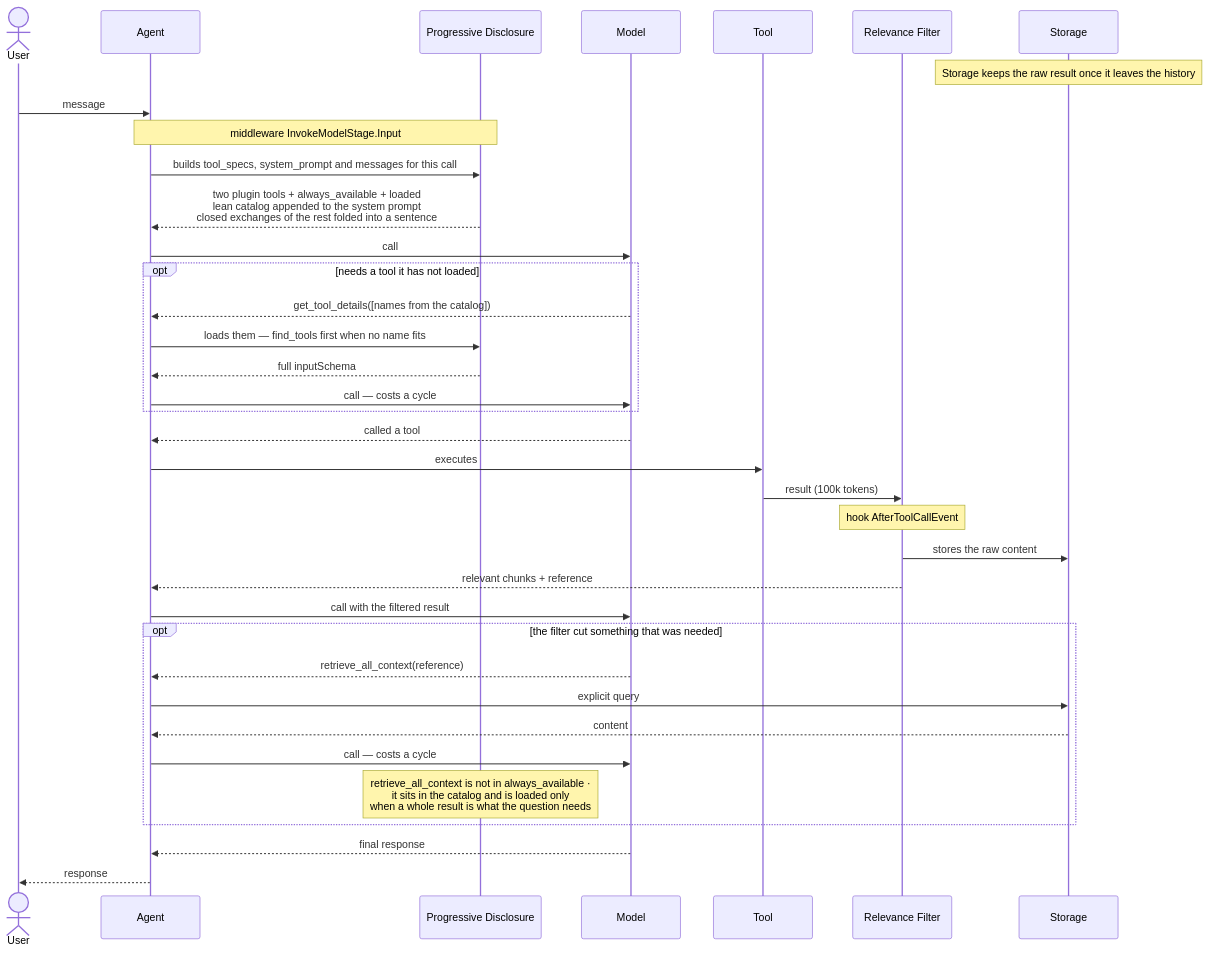
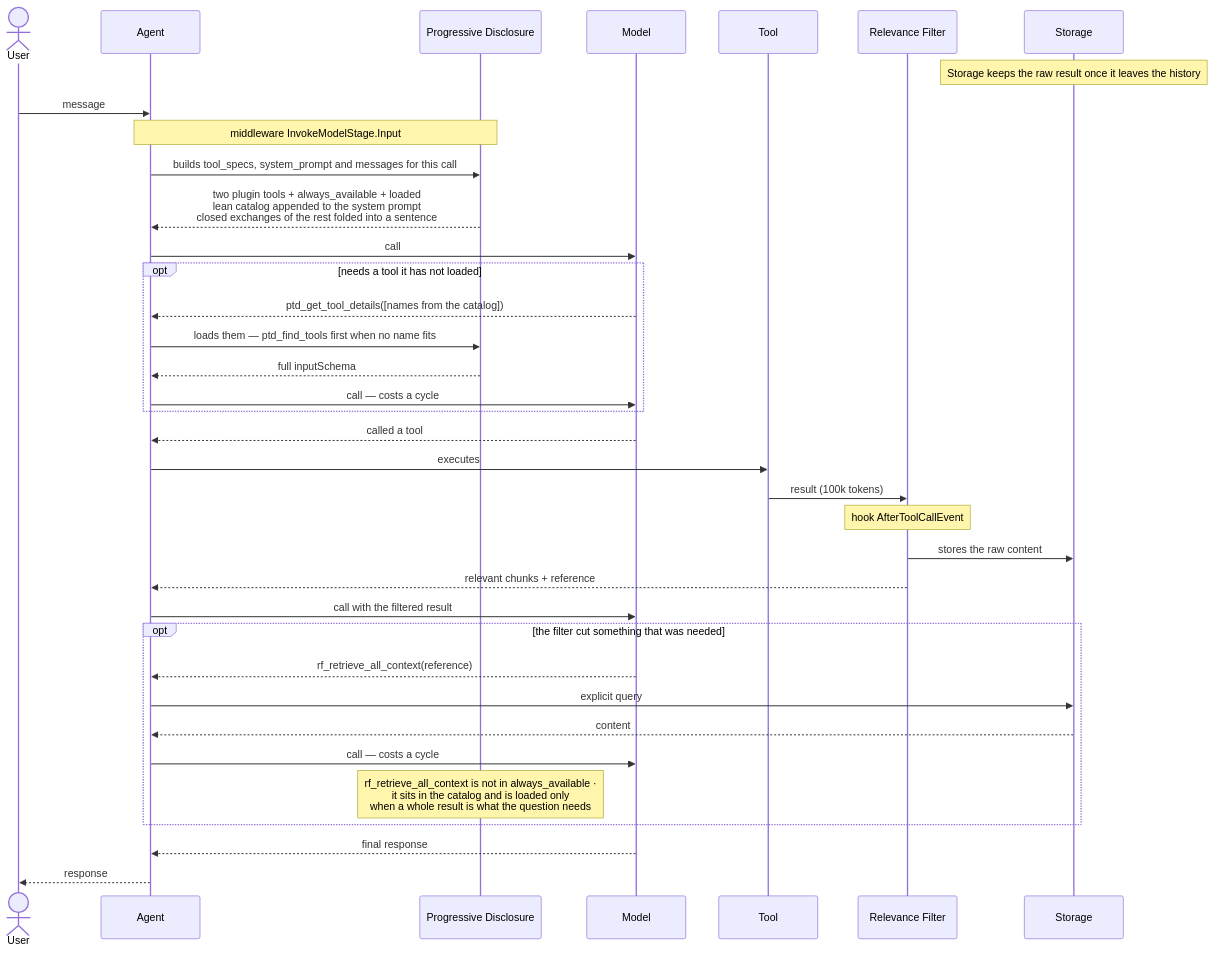
The third of 3 diagrams in docs/design/design.md (aws-samples/sample-context-engineering), drawn with Mermaid before and after one commit. The commit also changed other lines of this file and 124 other files, not shown here.

````diff
--- a/docs/design/design.md
+++ b/docs/design/design.md
@@ -430,48 +430,48 @@
 ```mermaid
 sequenceDiagram
     actor U as User
     participant AG as Agent
     participant B as Progressive Disclosure
     participant M as Model
     participant T as Tool
     participant A as Relevance Filter
     participant S as Storage
 
     Note over S: Storage keeps the raw result once it leaves the history
 
     U->>AG: message
 
     Note over AG,B: middleware InvokeModelStage.Input
     AG->>B: builds tool_specs, system_prompt and messages for this call
     B-->>AG: two plugin tools + always_available + loaded<br/>lean catalog appended to the system prompt<br/>closed exchanges of the rest folded into a sentence
 
     AG->>M: call
 
     opt needs a tool it has not loaded
-        M-->>AG: get_tool_details([names from the catalog])
-        AG->>B: loads them — find_tools first when no name fits
+        M-->>AG: ptd_get_tool_details([names from the catalog])
+        AG->>B: loads them — ptd_find_tools first when no name fits
         B-->>AG: full inputSchema
         AG->>M: call — costs a cycle
     end
 
     M-->>AG: called a tool
 
     AG->>T: executes
     T->>A: result (100k tokens)
     Note over A: hook AfterToolCallEvent
     A->>S: stores the raw content
     A-->>AG: relevant chunks + reference
 
     AG->>M: call with the filtered result
 
     opt the filter cut something that was needed
-        M-->>AG: retrieve_all_context(reference)
+        M-->>AG: rf_retrieve_all_context(reference)
         AG->>S: explicit query
         S-->>AG: content
         AG->>M: call — costs a cycle
-        Note over B: retrieve_all_context is not in always_available ·<br/>it sits in the catalog and is loaded only<br/>when a whole result is what the question needs
+        Note over B: rf_retrieve_all_context is not in always_available ·<br/>it sits in the catalog and is loaded only<br/>when a whole result is what the question needs
     end
 
     M-->>AG: final response
     AG-->>U: response
 ```
````
